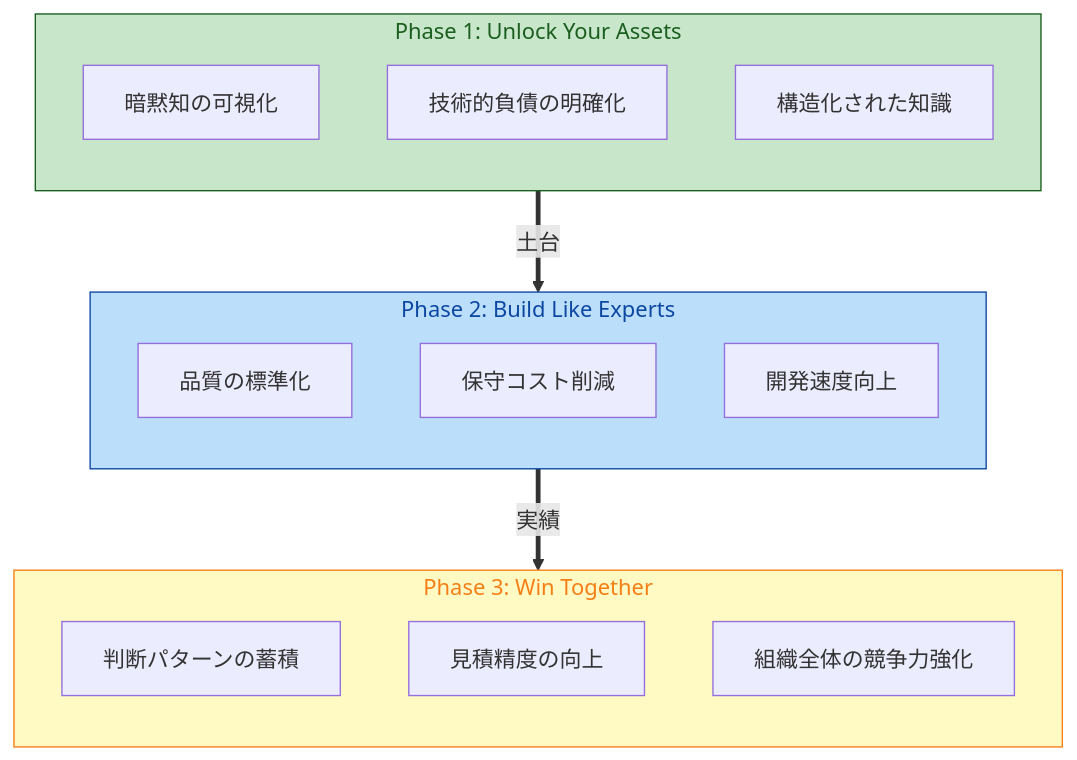
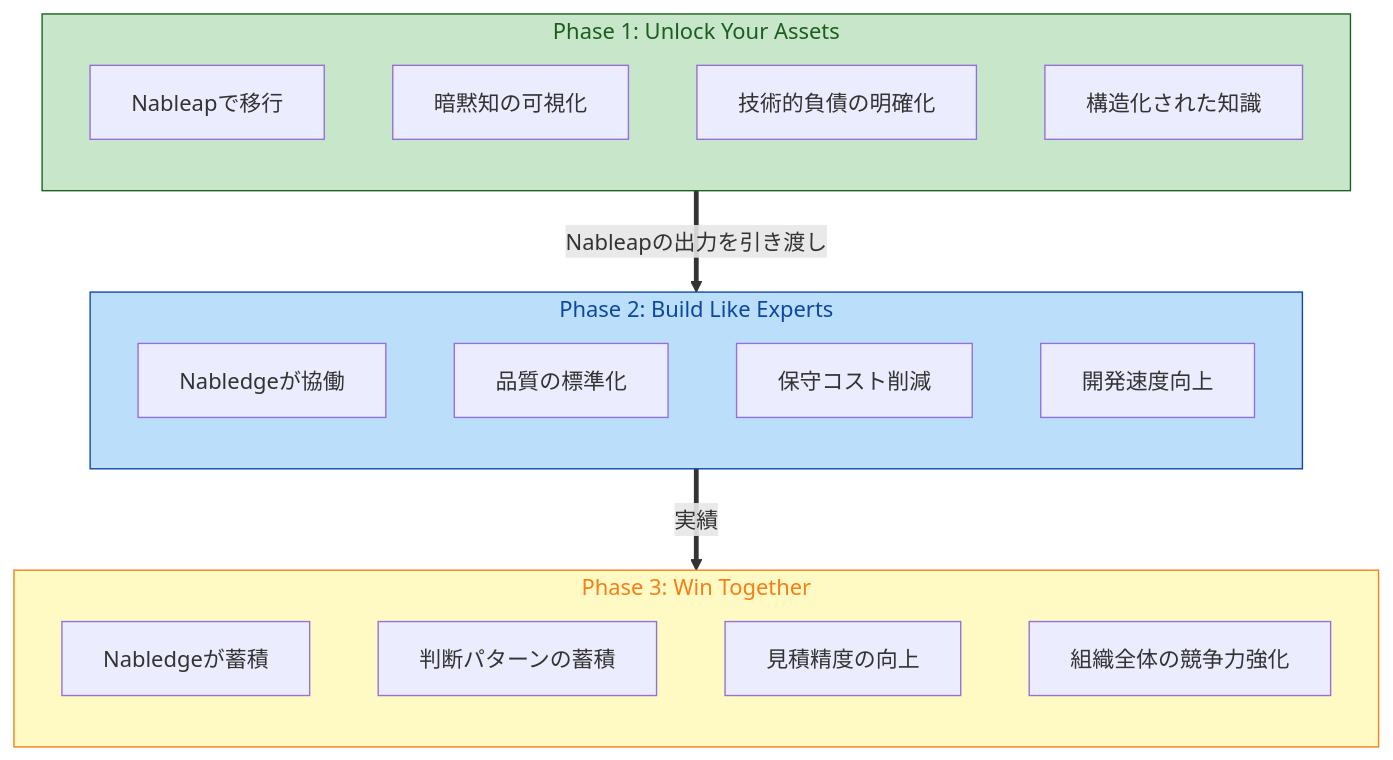
One commit to nablarch/nabledge-dev changed the first of 2 diagrams in doc/grand-design/grand-design.md. Above: the diagram before and after it, drawn with Mermaid. The commit also changed other lines of this file, not shown here.

````diff
--- a/doc/grand-design/grand-design.md
+++ b/doc/grand-design/grand-design.md
@@ -50,39 +55,42 @@
 ```mermaid
 graph TD
   %% ===== Phase 1: Unlock =====
   subgraph P1["Phase 1: Unlock Your Assets"]
     direction TB
+    U0["Nableapで移行"]
     U1["暗黙知の可視化"]
     U2["技術的負債の明確化"]
     U3["構造化された知識"]
   end
 
   %% ===== Phase 2: Build =====
   subgraph P2["Phase 2: Build Like Experts"]
     direction TB
+    B0["Nabledgeが協働"]
     B1["品質の標準化"]
     B2["保守コスト削減"]
     B3["開発速度向上"]
   end
 
   %% ===== Phase 3: Win =====
   subgraph P3["Phase 3: Win Together"]
     direction TB
+    W0["Nabledgeが蓄積"]
     W1["判断パターンの蓄積"]
     W2["見積精度の向上"]
     W3["組織全体の競争力強化"]
   end
 
   %% ===== フェーズ間の関係 =====
-  P1 ==>|"土台"| P2
+  P1 ==>|"Nableapの出力を引き渡し"| P2
   P2 ==>|"実績"| P3
 
   %% ===== スタイル =====
   classDef phase1 fill:#c8e6c9,stroke:#1b5e20,color:#1b5e20
   classDef phase2 fill:#bbdefb,stroke:#0d47a1,color:#0d47a1
   classDef phase3 fill:#fff9c4,stroke:#f57f17,color:#f57f17
 
   class P1 phase1
   class P2 phase2
   class P3 phase3
 ```
````
